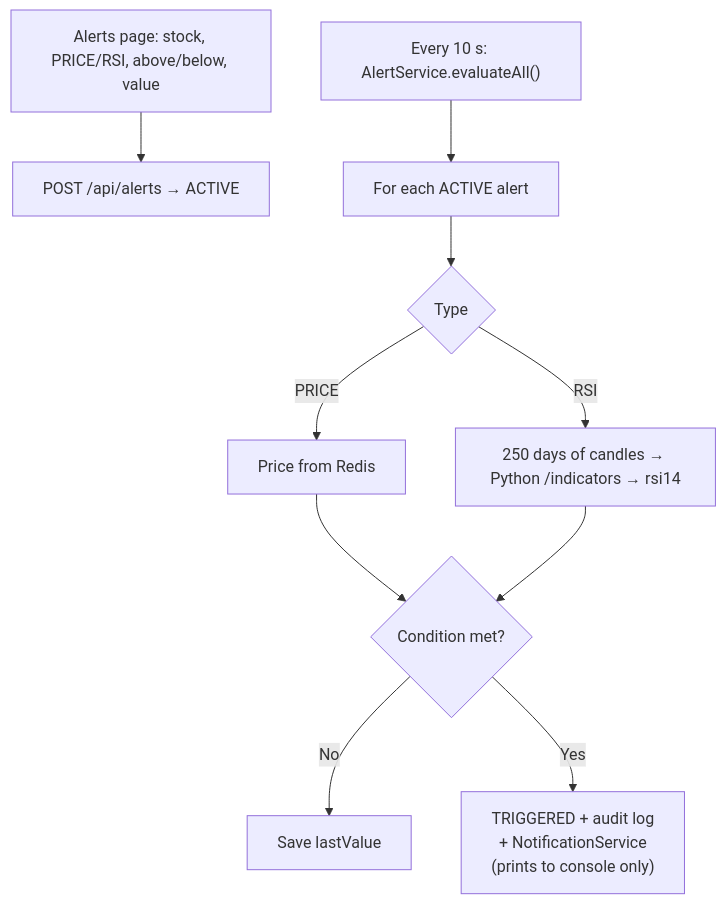
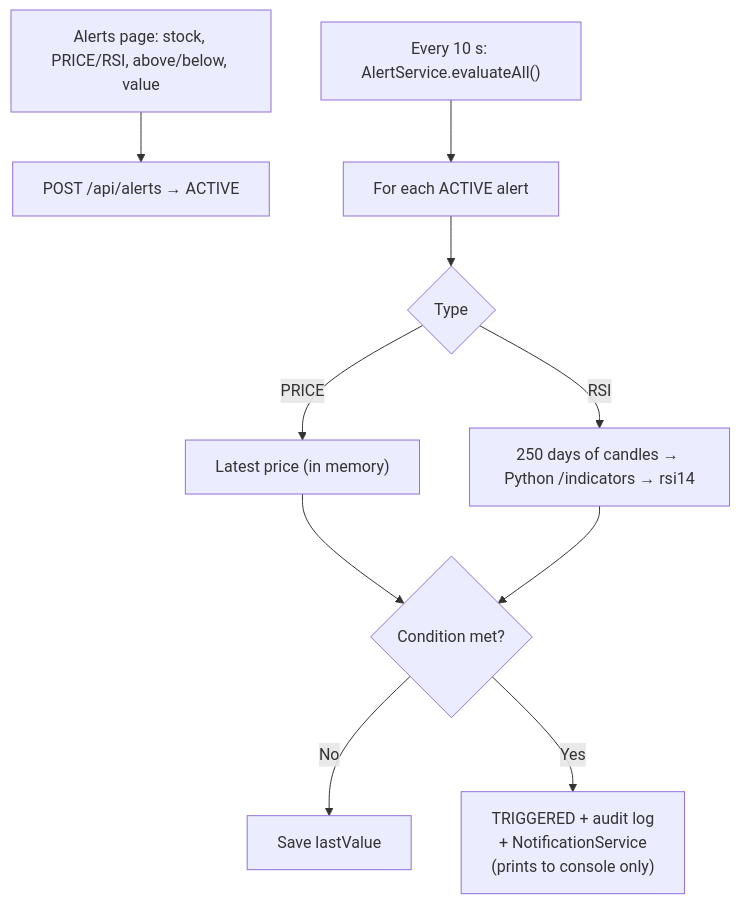
Diagram 13 of 15 in docs/PROJECT_FLOW.md (letscodeshivansh/EaseTrading), drawn with Mermaid before and after one commit. The commit also changed other lines of this file and 1 other file, not shown here.

````diff
--- a/docs/PROJECT_FLOW.md
+++ b/docs/PROJECT_FLOW.md
@@ -534,12 +506,12 @@
 ```mermaid
 flowchart TD
     UI["Alerts page: stock, PRICE/RSI, above/below, value"] --> C["POST /api/alerts → ACTIVE"]
     LOOP["Every 10 s: AlertService.evaluateAll()"] --> EA["For each ACTIVE alert"]
     EA --> TY{"Type"}
-    TY -- PRICE --> RP["Price from Redis"]
+    TY -- PRICE --> RP["Latest price (in memory)"]
     TY -- RSI --> RR["250 days of candles → Python /indicators → rsi14"]
     RP --> CK{"Condition met?"}
     RR --> CK
     CK -- No --> SV["Save lastValue"]
     CK -- Yes --> TR["TRIGGERED + audit log<br/>+ NotificationService<br/>(prints to console only)"]
 ```
````
